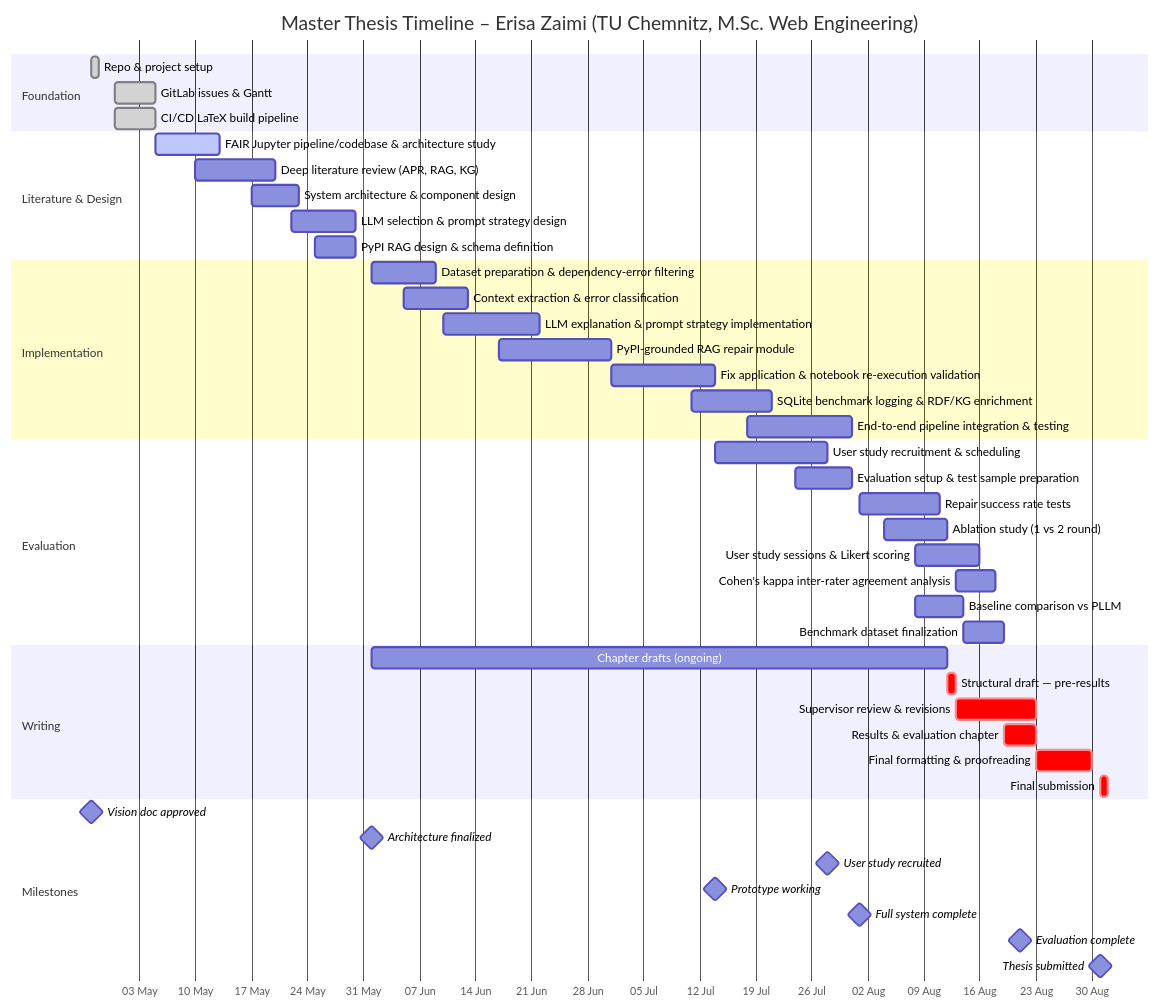
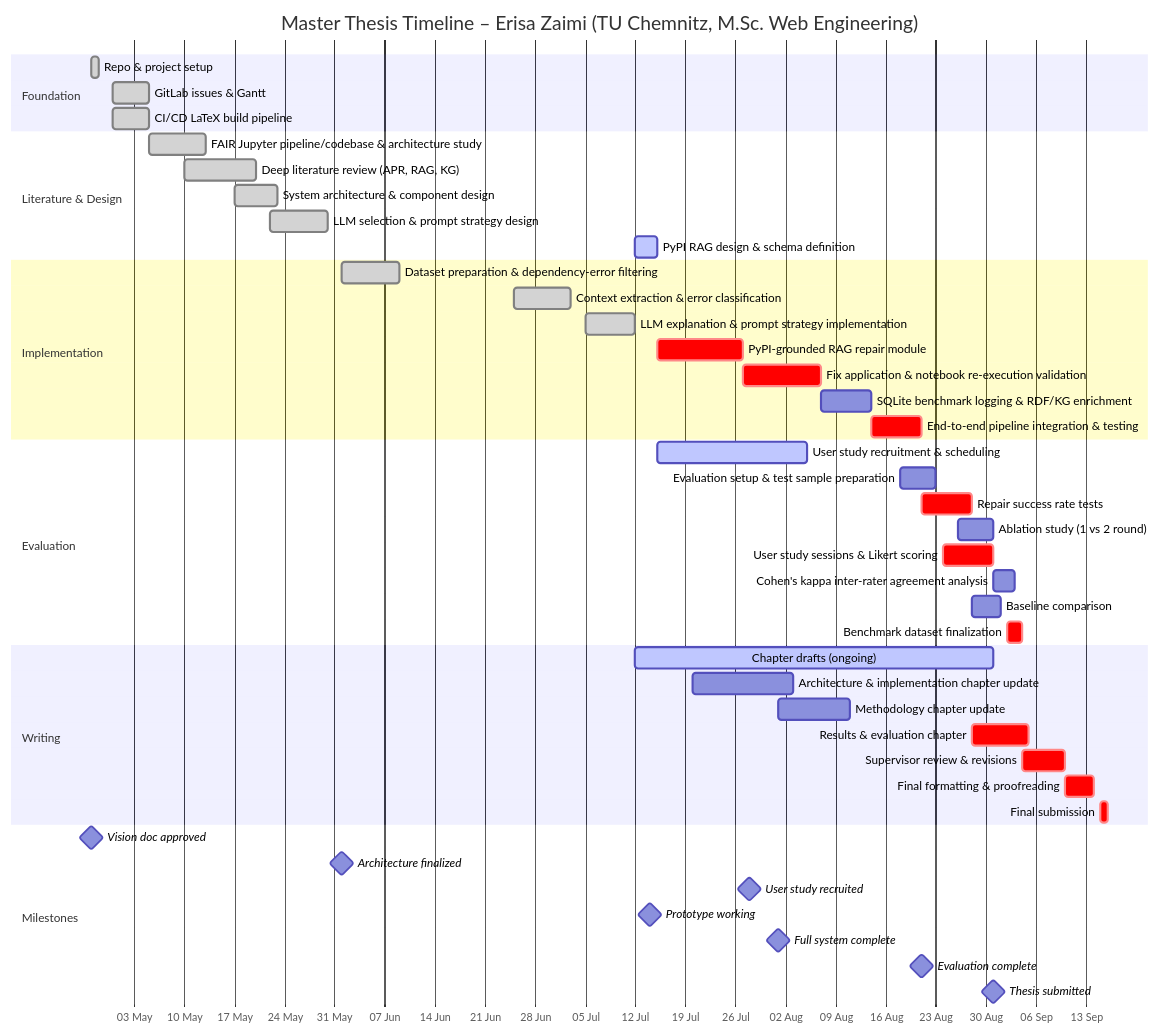
Before and after one commit to ezaimi/notebook-repair-pipeline: the diagram in docs/gantt.md, drawn with Mermaid. The commit also changed 13 other files, not shown here.

Commit message:
docs: update thesis gantt timeline after i3

````diff
--- a/docs/gantt.md
+++ b/docs/gantt.md
@@ -1,54 +1,55 @@
 ```mermaid
 gantt
     title Master Thesis Timeline – Erisa Zaimi (TU Chemnitz, M.Sc. Web Engineering)
     dateFormat  YYYY-MM-DD
     axisFormat  %d %b
 
-    section Foundation
-    Repo & project setup                  :done,    f1, 2026-04-27, 1d
-    GitLab issues & Gantt                 :done,    f2, 2026-04-30, 5d
-    CI/CD LaTeX build pipeline            :done,    f3, 2026-04-30, 5d
+     section Foundation
+    Repo & project setup                  :done, f1, 2026-04-27, 1d
+    GitLab issues & Gantt                 :done, f2, 2026-04-30, 5d
+    CI/CD LaTeX build pipeline            :done, f3, 2026-04-30, 5d
 
     section Literature & Design
-    FAIR Jupyter pipeline/codebase & architecture study :active,  l1, 2026-05-05, 8d
-    Deep literature review (APR, RAG, KG)               :         l2, 2026-05-10, 10d
-    System architecture & component design              :         l3, 2026-05-17, 6d
-    LLM selection & prompt strategy design              :         l4, 2026-05-22, 8d
-    PyPI RAG design & schema definition                 :         l5, 2026-05-25, 5d
+    FAIR Jupyter pipeline/codebase & architecture study :done,   l1, 2026-05-05, 8d
+    Deep literature review (APR, RAG, KG)               :done,   l2, 2026-05-10, 10d
+    System architecture & component design              :done,   l3, 2026-05-17, 6d
+    LLM selection & prompt strategy design              :done,   l4, 2026-05-22, 8d
+    PyPI RAG design & schema definition                 :active, l5, 2026-07-12, 3d
 
     section Implementation
-    Dataset preparation & dependency-error filtering        :         i1, 2026-06-01, 8d
-    Context extraction & error classification               :         i2, 2026-06-05, 8d
-    LLM explanation & prompt strategy implementation        :         i3, 2026-06-10, 12d
-    PyPI-grounded RAG repair module                         :         i4, 2026-06-17, 14d
-    Fix application & notebook re-execution validation      :         i5, 2026-07-01, 13d
-    SQLite benchmark logging & RDF/KG enrichment            :         i6, 2026-07-11, 10d
-    End-to-end pipeline integration & testing               :         i7, 2026-07-18, 13d
+    Dataset preparation & dependency-error filtering        :done, i1, 2026-06-01, 8d
+    Context extraction & error classification               :done, i2, 2026-06-25, 8d
+    LLM explanation & prompt strategy implementation        :done, i3, 2026-07-05, 7d
+    PyPI-grounded RAG repair module                         :crit, i4, 2026-07-15, 12d
+    Fix application & notebook re-execution validation      :crit, i5, 2026-07-27, 11d
+    SQLite benchmark logging & RDF/KG enrichment            :      i6, 2026-08-07, 7d
+    End-to-end pipeline integration & testing               :crit, i7, 2026-08-14, 7d
 
     section Evaluation
-    User study recruitment & scheduling                  :         e0, 2026-07-14, 14d
-    Evaluation setup & test sample preparation           :         e1, 2026-07-24, 7d
-    Repair success rate tests                            :         e2, 2026-08-01, 10d
-    Ablation study (1 vs 2 round)                        :         e3, 2026-08-04, 8d
-    User study sessions & Likert scoring                 :         e4, 2026-08-08, 8d
-    Cohen's kappa inter-rater agreement analysis         :         e5, 2026-08-13, 5d
-    Baseline comparison vs PLLM                          :         e6, 2026-08-08, 6d
-    Benchmark dataset finalization                       :         e7, 2026-08-14, 5d
+    User study recruitment & scheduling                  :active, e0, 2026-07-15, 21d
+    Evaluation setup & test sample preparation           :        e1, 2026-08-18, 5d
+    Repair success rate tests                            :crit,   e2, 2026-08-21, 7d
+    Ablation study (1 vs 2 round)                        :        e3, 2026-08-26, 5d
+    User study sessions & Likert scoring                 :crit,   e4, 2026-08-24, 7d
+    Cohen's kappa inter-rater agreement analysis         :        e5, 2026-08-31, 3d
+    Baseline comparison                                  :        e6, 2026-08-28, 4d
+    Benchmark dataset finalization                       :crit,   e7, 2026-09-02, 2d
 
     section Writing
-    Chapter drafts (ongoing)                        :         w1, 2026-06-01, 72d
-    Structural draft — pre-results                  :crit,    w2, 2026-08-12, 1d
-    Supervisor review & revisions                   :crit,    w3, 2026-08-13, 10d
-    Results & evaluation chapter                    :crit,    w4, 2026-08-19, 4d
-    Final formatting & proofreading                 :crit,    w5, 2026-08-23, 7d
-    Final submission                                :crit,    w6, 2026-08-31, 1d
+    Chapter drafts (ongoing)                        :active, w1, 2026-07-12, 50d
+    Architecture & implementation chapter update     :        w2, 2026-07-20, 14d
+    Methodology chapter update                       :        w3, 2026-08-01, 10d
+    Results & evaluation chapter                     :crit,   w4, 2026-08-28, 8d
+    Supervisor review & revisions                    :crit,   w5, 2026-09-04, 6d
+    Final formatting & proofreading                  :crit,   w6, 2026-09-10, 4d
+    Final submission                                 :crit,   w7, 2026-09-15, 1d
 
     section Milestones
     Vision doc approved             :milestone, m1, 2026-04-27, 0d
     Architecture finalized          :milestone, m2, 2026-06-01, 0d
     User study recruited            :milestone, m3, 2026-07-28, 0d
     Prototype working               :milestone, m4, 2026-07-14, 0d
     Full system complete            :milestone, m5, 2026-08-01, 0d
     Evaluation complete             :milestone, m6, 2026-08-21, 0d
     Thesis submitted                :milestone, m7, 2026-08-31, 0d
 ```
````
